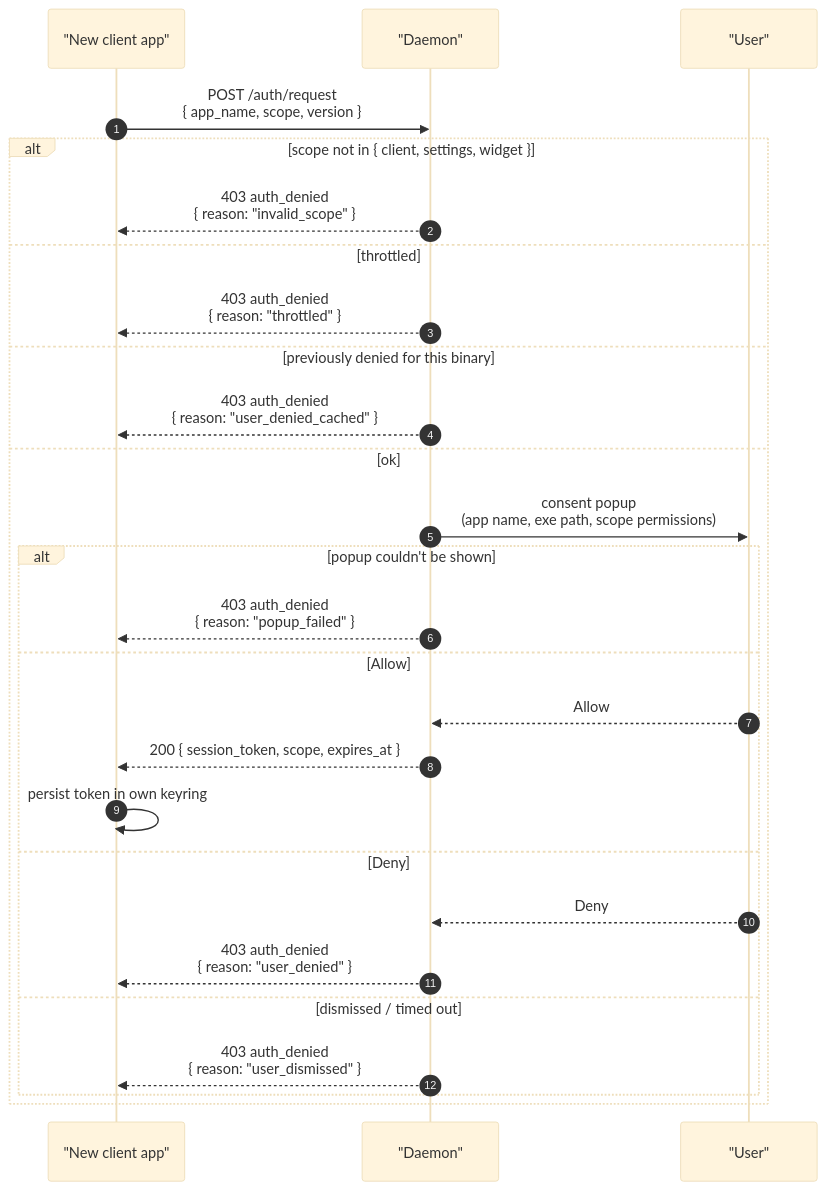
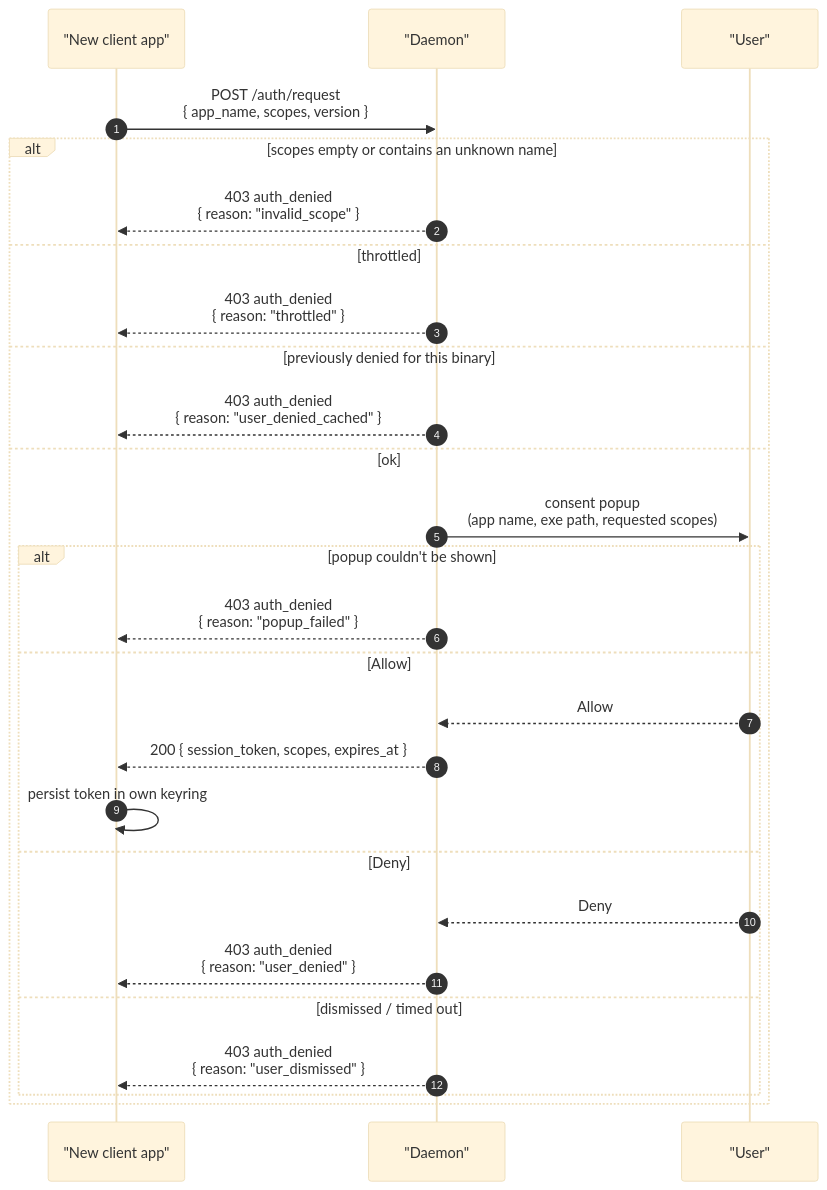
One commit to haydonryan/super-stt changed the diagram in docs/protocol/auth.md. Above: the diagram before and after it, drawn with Mermaid (base theme). The commit also changed other lines of this file and 422 other files, not shown here.

````diff
--- a/docs/protocol/auth.md
+++ b/docs/protocol/auth.md
@@ -138,32 +147,32 @@
 ```mermaid
 sequenceDiagram
     autonumber
     participant App as "New client app"
     participant D as "Daemon"
     participant U as "User"
 
-    App->>D: POST /auth/request<br/>{ app_name, scope, version }
+    App->>D: POST /auth/request<br/>{ app_name, scopes, version }
 
-    alt scope not in { client, settings, widget }
+    alt scopes empty or contains an unknown name
         D-->>App: 403 auth_denied<br/>{ reason: "invalid_scope" }
     else throttled
         D-->>App: 403 auth_denied<br/>{ reason: "throttled" }
     else previously denied for this binary
         D-->>App: 403 auth_denied<br/>{ reason: "user_denied_cached" }
     else ok
-        D->>U: consent popup<br/>(app name, exe path, scope permissions)
+        D->>U: consent popup<br/>(app name, exe path, requested scopes)
 
         alt popup couldn't be shown
             D-->>App: 403 auth_denied<br/>{ reason: "popup_failed" }
         else Allow
             U-->>D: Allow
-            D-->>App: 200 { session_token, scope, expires_at }
+            D-->>App: 200 { session_token, scopes, expires_at }
             App->>App: persist token in own keyring
         else Deny
             U-->>D: Deny
             D-->>App: 403 auth_denied<br/>{ reason: "user_denied" }
         else dismissed / timed out
             D-->>App: 403 auth_denied<br/>{ reason: "user_dismissed" }
         end
     end
 ```
````
